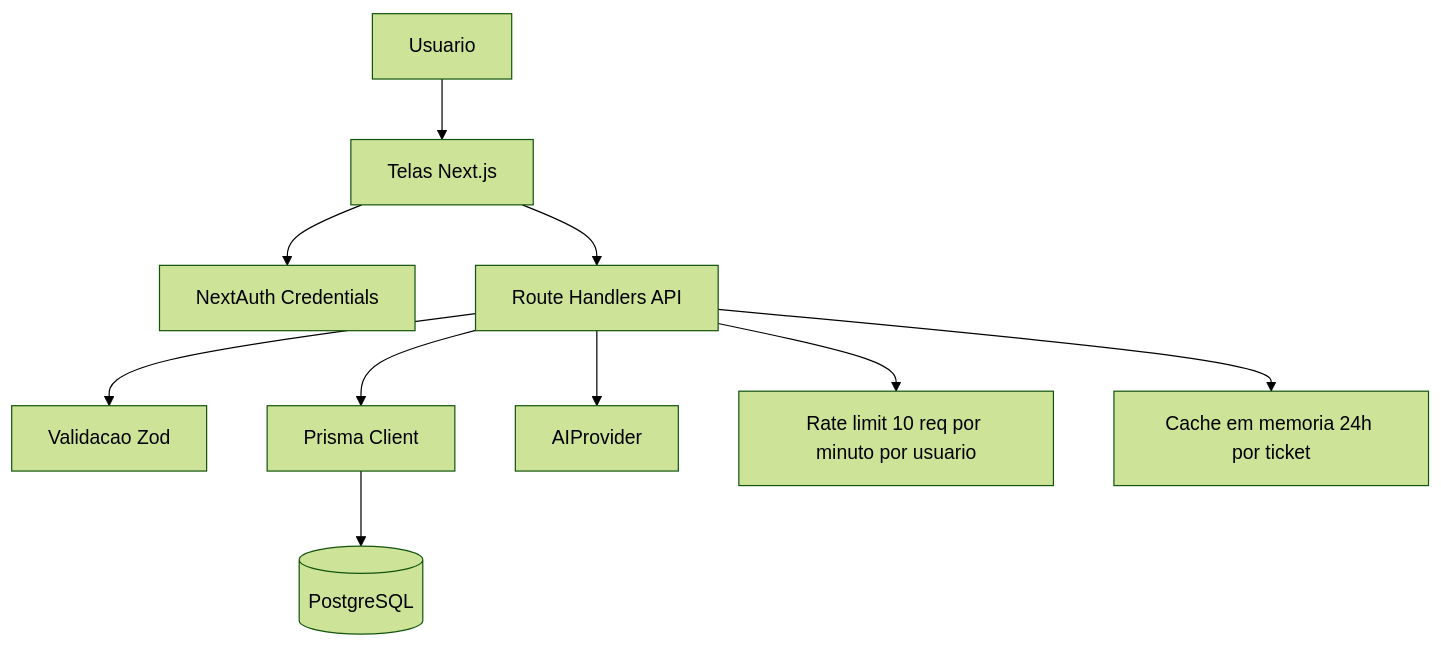
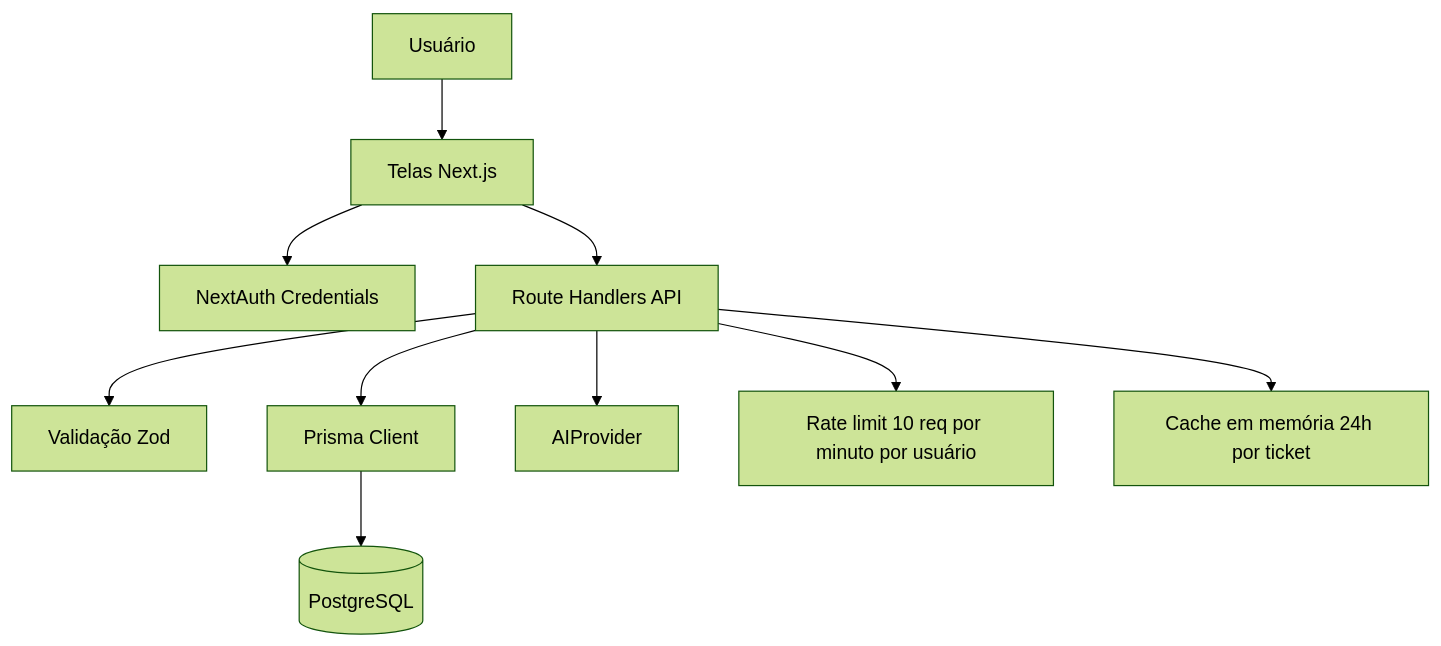
The first of 4 diagrams in README.md (JPFerreira96/ops-copilot), drawn with Mermaid (forest theme) before and after one commit. The commit also changed other lines of this file, not shown here.

````diff
--- a/README.md
+++ b/README.md
@@ -54,12 +54,12 @@
 ```mermaid
 flowchart TD
-    user[Usuario] --> ui[Telas Next.js]
+    user[Usuário] --> ui[Telas Next.js]
     ui --> auth[NextAuth Credentials]
     ui --> api[Route Handlers API]
-    api --> val[Validacao Zod]
+    api --> val[Validação Zod]
     api --> prisma[Prisma Client]
     prisma --> db[(PostgreSQL)]
     api --> ai[AIProvider]
-    api --> rate[Rate limit 10 req por minuto por usuario]
-    api --> cache[Cache em memoria 24h por ticket]
+    api --> rate[Rate limit 10 req por minuto por usuário]
+    api --> cache[Cache em memória 24h por ticket]
 ```
````
